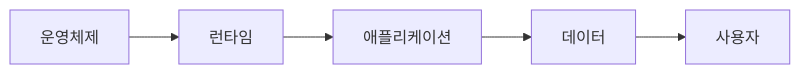
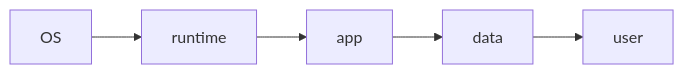
One commit to yeongseon-books/book-content changed the diagram in content/cloud-computing-101/ko/02-iaas-paas-saas.md. Above: the diagram before and after it, drawn with Mermaid. The commit also changed other lines of this file and 9 other files, not shown here.

````diff
--- a/content/cloud-computing-101/ko/02-iaas-paas-saas.md
+++ b/content/cloud-computing-101/ko/02-iaas-paas-saas.md
@@ -49,7 +47,7 @@
 ```mermaid
 flowchart LR
-    OS["운영체제"] --> Run["런타임"]
-    Run --> App["애플리케이션"]
-    App --> Data["데이터"]
-    Data --> User["사용자"]
+    OS["OS"] --> Run["runtime"]
+    Run --> App["app"]
+    App --> Data["data"]
+    Data --> User["user"]
 ```
````
